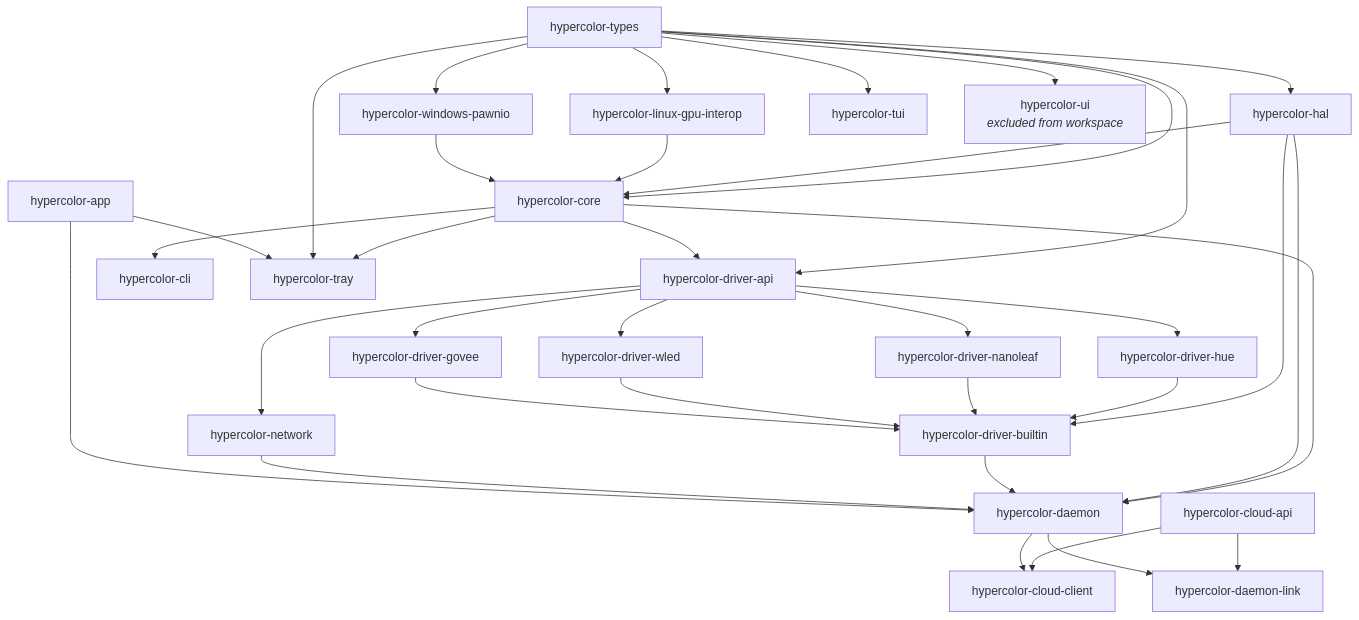
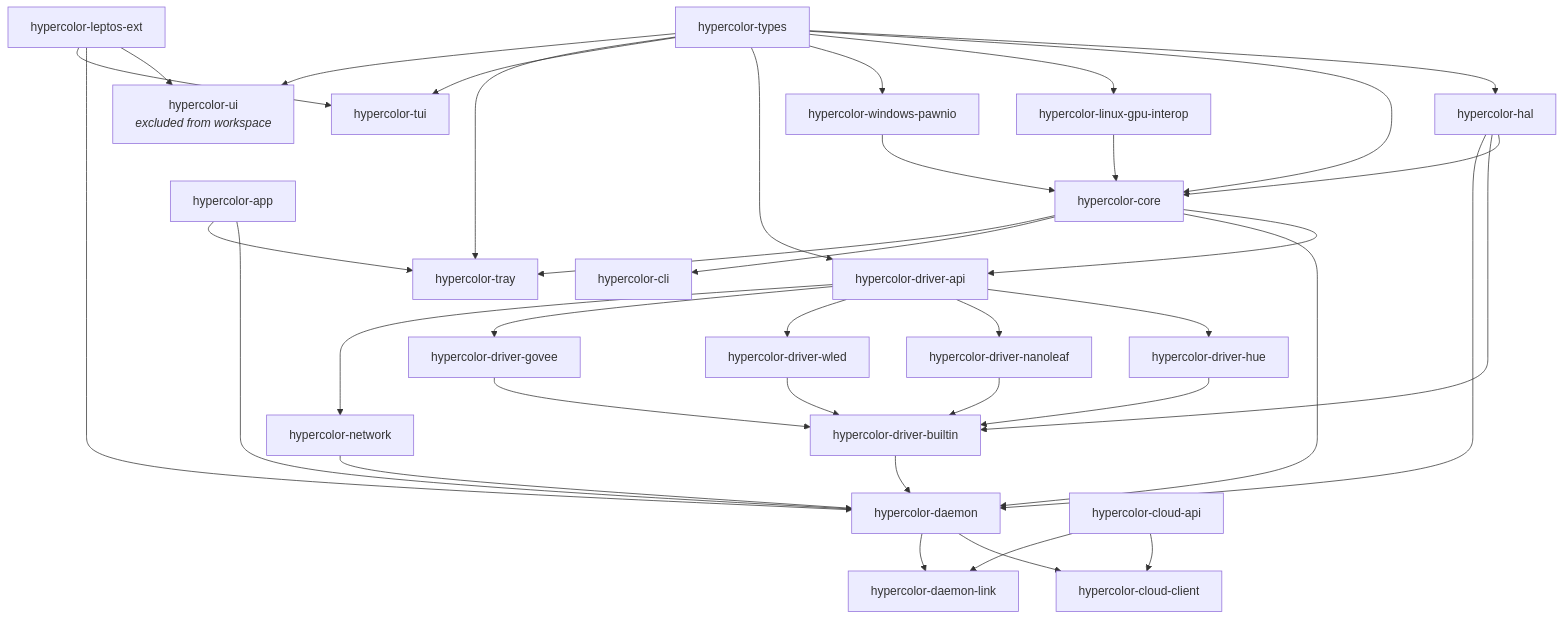
The diagram in AGENTS.md (hyperb1iss/hypercolor), drawn with Mermaid before and after one commit. The commit also changed other lines of this file and 6 other files, not shown here.

````diff
--- a/AGENTS.md
+++ b/AGENTS.md
@@ -83,26 +83,27 @@
 ```mermaid
 graph TD
     T[hypercolor-types] --> HAL[hypercolor-hal]
     T --> CORE[hypercolor-core]
     T --> LGI[hypercolor-linux-gpu-interop]
     T --> WPI[hypercolor-windows-pawnio]
     HAL --> CORE
     LGI --> CORE
     WPI --> CORE
     T & CORE --> DAPI[hypercolor-driver-api]
     DAPI --> HUE[hypercolor-driver-hue]
     DAPI --> NL[hypercolor-driver-nanoleaf]
     DAPI --> WLED[hypercolor-driver-wled]
     DAPI --> GV[hypercolor-driver-govee]
     DAPI --> NET[hypercolor-network]
     HAL & HUE & NL & WLED & GV --> DB[hypercolor-driver-builtin]
     CORE & HAL & DB & NET --> D[hypercolor-daemon]
     CORE --> CLI[hypercolor-cli]
     T --> TUI[hypercolor-tui]
     CORE & T --> TRAY[hypercolor-tray]
     CAPI[hypercolor-cloud-api] --> CC[hypercolor-cloud-client]
     CAPI --> DL[hypercolor-daemon-link]
     D --> CC & DL
     APP[hypercolor-app] --> D & TRAY
     T --> UI[hypercolor-ui<br><i>excluded from workspace</i>]
+    LE[hypercolor-leptos-ext] --> UI & D & TUI
 ```
````
